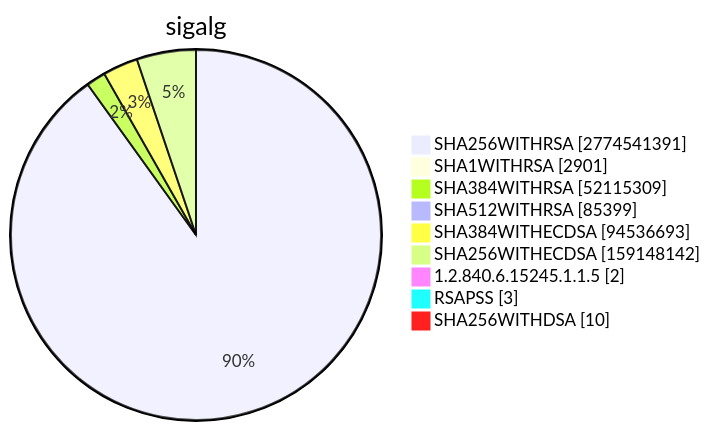
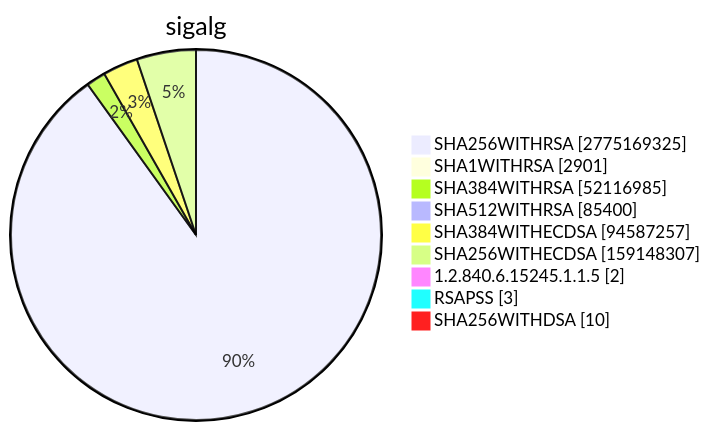
One commit to christiankrug/ctmonitor_visualization changed diagram 15 of 15 in TOTAL/README.md. Above: the diagram before and after it, drawn with Mermaid. The commit also changed other lines of this file, not shown here.

````diff
--- a/TOTAL/README.md
+++ b/TOTAL/README.md
@@ -6205,13 +6205,13 @@
 ```mermaid
 pie showData
 title sigalg
-"SHA256WITHRSA" :2774541391
+"SHA256WITHRSA" :2775169325
 "SHA1WITHRSA" :2901
-"SHA384WITHRSA" :52115309
-"SHA512WITHRSA" :85399
-"SHA384WITHECDSA" :94536693
-"SHA256WITHECDSA" :159148142
+"SHA384WITHRSA" :52116985
+"SHA512WITHRSA" :85400
+"SHA384WITHECDSA" :94587257
+"SHA256WITHECDSA" :159148307
 "1.2.840.6.15245.1.1.5" :2
 "RSAPSS" :3
 "SHA256WITHDSA" :10
 ```
````
